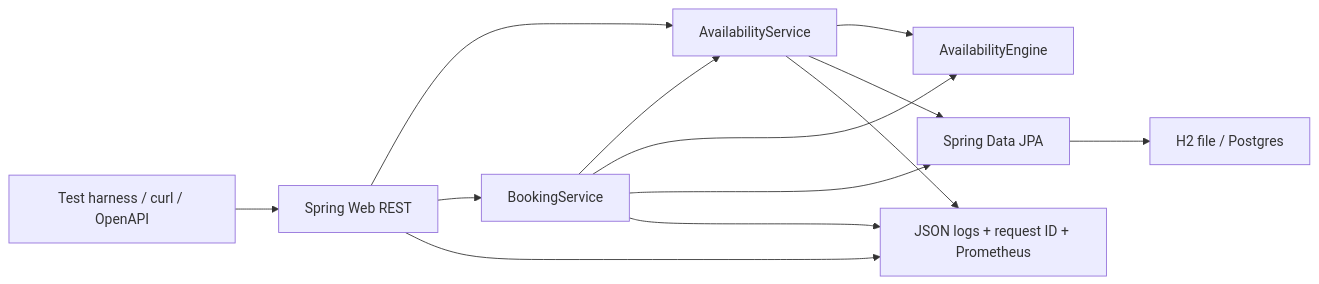
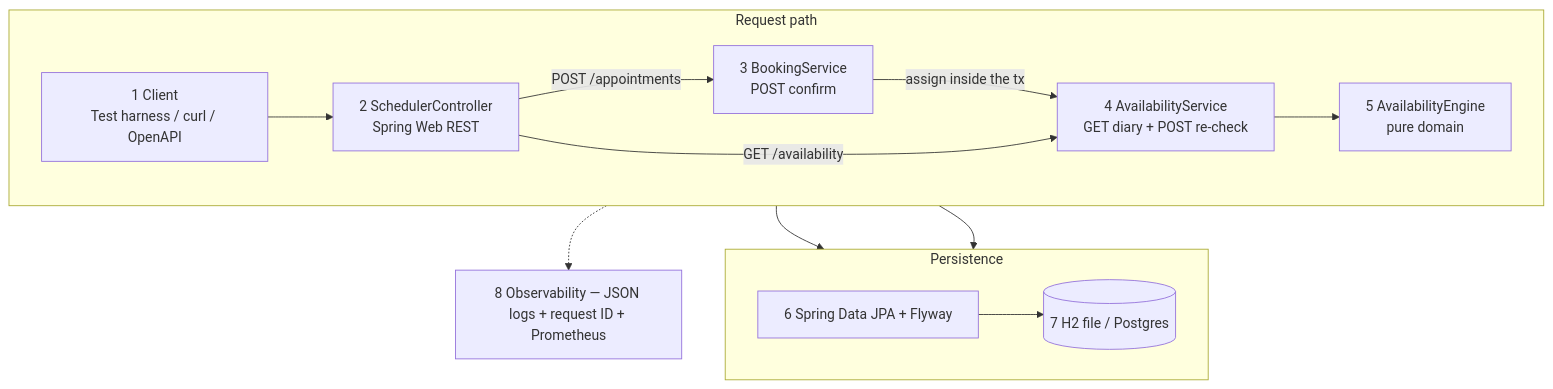
The first of 2 diagrams in DESIGN.md (HungDuc1710/keyloop-service-scheduler), drawn with Mermaid before and after one commit. The commit also changed other lines of this file and 7 other files, not shown here.

Commit message:
Document a no-Maven examiner path and clarify the walkthrough architecture.

````diff
--- a/DESIGN.md
+++ b/DESIGN.md
@@ -9,24 +11,29 @@
 ```mermaid
-flowchart LR
-  Client["Test harness / curl / OpenAPI"]
-  API["Spring Web REST"]
-  Avail["AvailabilityService"]
-  Book["BookingService"]
-  Engine["AvailabilityEngine"]
-  Repos["Spring Data JPA"]
-  DB["H2 file / Postgres"]
-  Obs["JSON logs + request ID + Prometheus"]
+flowchart TB
+  subgraph path["Request path"]
+    direction LR
+    Client["1 Client<br/>Test harness / curl / OpenAPI"]
+    API["2 SchedulerController<br/>Spring Web REST"]
+    Book["3 BookingService<br/>POST confirm"]
+    Avail["4 AvailabilityService<br/>GET diary + POST re-check"]
+    Engine["5 AvailabilityEngine<br/>pure domain"]
+    Client --> API
+    API -->|"POST /appointments"| Book
+    Book -->|"assign inside the tx"| Avail
+    API -->|"GET /availability"| Avail
+    Avail --> Engine
+  end
 
-  Client --> API
-  API --> Avail
-  API --> Book
-  Book --> Avail
-  Avail --> Engine
-  Book --> Engine
+  subgraph persist["Persistence"]
+    direction LR
+    Repos["6 Spring Data JPA + Flyway"]
+    DB[("7 H2 file / Postgres")]
+    Repos --> DB
+  end
+
+  Obs["8 Observability — JSON logs + request ID + Prometheus"]
+
+  Book --> Repos
   Avail --> Repos
-  Book --> Repos
-  Repos --> DB
-  API --> Obs
-  Avail --> Obs
-  Book --> Obs
+  path -.-> Obs
 ```
````
